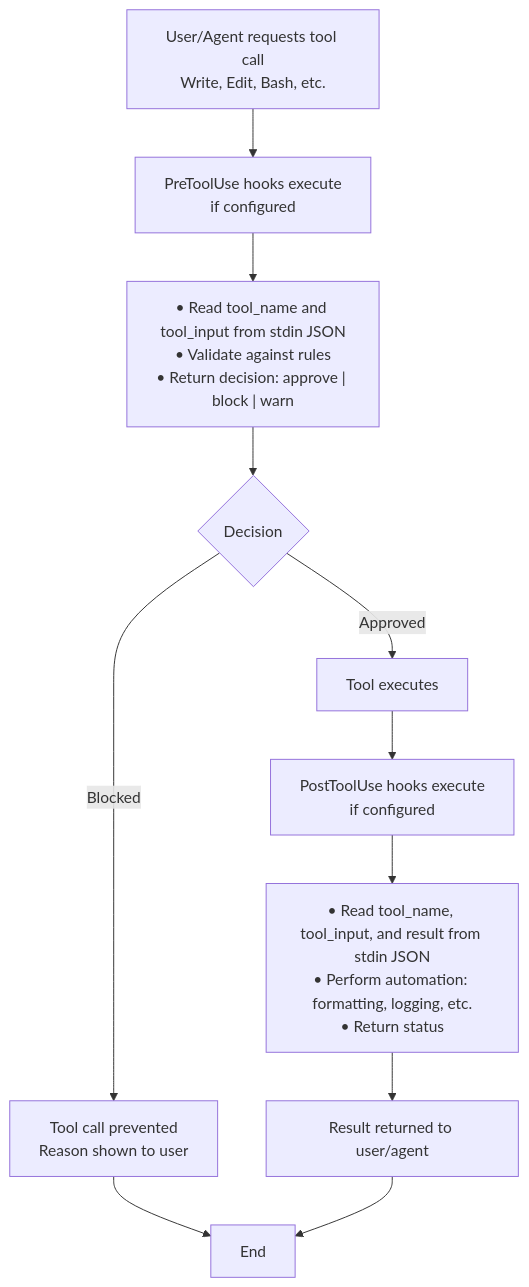
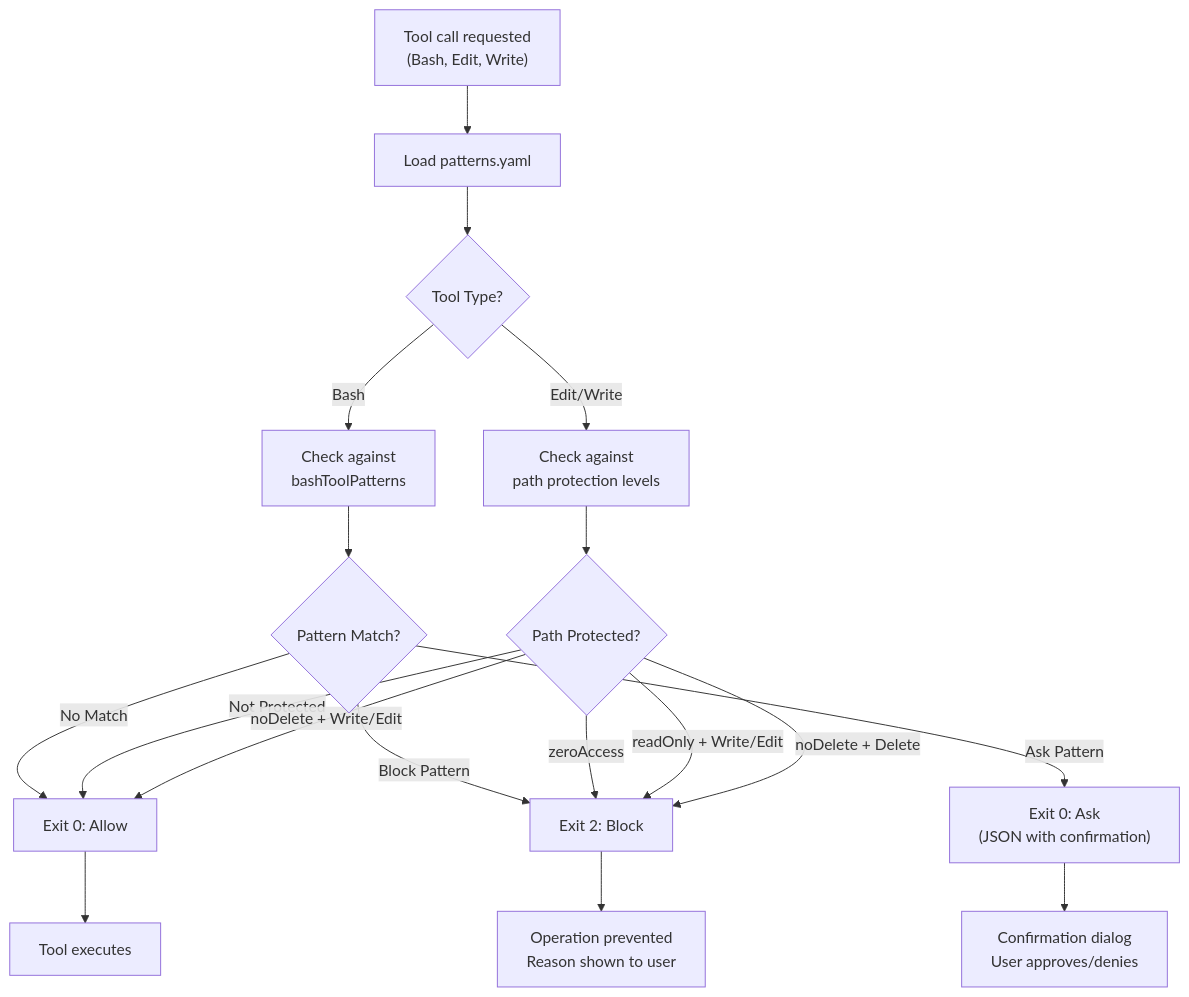
The diagram in plugins/buddy/docs/hooks.md (rsts-dev/claude-buddy-marketplace), drawn with Mermaid before and after one commit. The commit also changed other lines of this file and 34 other files, not shown here.

````diff
--- a/plugins/buddy/docs/hooks.md
+++ b/plugins/buddy/docs/hooks.md
@@ -27,21 +139,27 @@
 ```mermaid
 flowchart TD
-    Request["User/Agent requests tool call<br/>Write, Edit, Bash, etc."]
+    Request["Tool call requested<br/>(Bash, Edit, Write)"]
 
-    Request --> PreHook["PreToolUse hooks execute<br/>if configured"]
+    Request --> LoadPatterns["Load patterns.yaml"]
 
-    PreHook --> PreActions["• Read tool_name and tool_input from stdin JSON<br/>• Validate against rules<br/>• Return decision: approve | block | warn"]
+    LoadPatterns --> CheckType{Tool Type?}
 
-    PreActions --> Decision{Decision}
+    CheckType -->|Bash| CheckCommand["Check against<br/>bashToolPatterns"]
+    CheckType -->|Edit/Write| CheckPath["Check against<br/>path protection levels"]
 
-    Decision -->|Blocked| Blocked["Tool call prevented<br/>Reason shown to user"]
-    Decision -->|Approved| ToolExec["Tool executes"]
+    CheckCommand --> CommandMatch{Pattern Match?}
+    CommandMatch -->|No Match| Allow["Exit 0: Allow"]
+    CommandMatch -->|Block Pattern| Block["Exit 2: Block"]
+    CommandMatch -->|Ask Pattern| Ask["Exit 0: Ask<br/>(JSON with confirmation)"]
 
-    ToolExec --> PostHook["PostToolUse hooks execute<br/>if configured"]
+    CheckPath --> PathMatch{Path Protected?}
+    PathMatch -->|Not Protected| Allow
+    PathMatch -->|zeroAccess| Block
+    PathMatch -->|readOnly + Write/Edit| Block
+    PathMatch -->|noDelete + Delete| Block
+    PathMatch -->|noDelete + Write/Edit| Allow
 
-    PostHook --> PostActions["• Read tool_name, tool_input, and result from stdin JSON<br/>• Perform automation: formatting, logging, etc.<br/>• Return status"]
-
-    PostActions --> Result["Result returned to user/agent"]
-    Blocked --> End["End"]
-    Result --> End
+    Allow --> Execute["Tool executes"]
+    Block --> Blocked["Operation prevented<br/>Reason shown to user"]
+    Ask --> Dialog["Confirmation dialog<br/>User approves/denies"]
 ```
````
